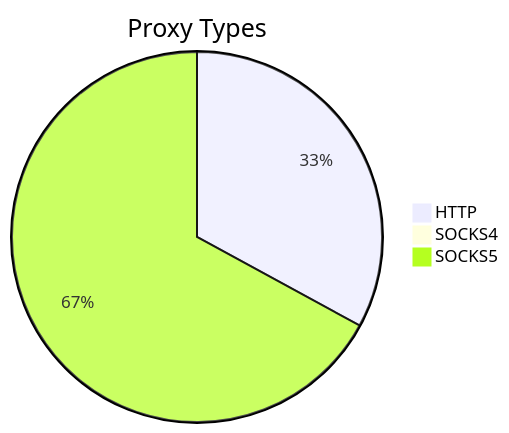
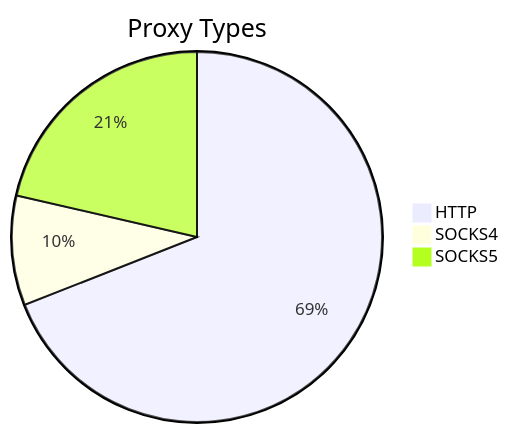
One commit to stormsia/proxy-list changed the first of 2 diagrams in README.md. Above: the diagram before and after it, drawn with Mermaid. The commit also changed other lines of this file, not shown here.

````diff
--- a/README.md
+++ b/README.md
@@ -21,6 +21,6 @@
 ```mermaid
 pie title Proxy Types
-    "HTTP" : 139
-    "SOCKS4" : 2
-    "SOCKS5" : 283
+    "HTTP" : 555
+    "SOCKS4" : 77
+    "SOCKS5" : 172
 ```
````
